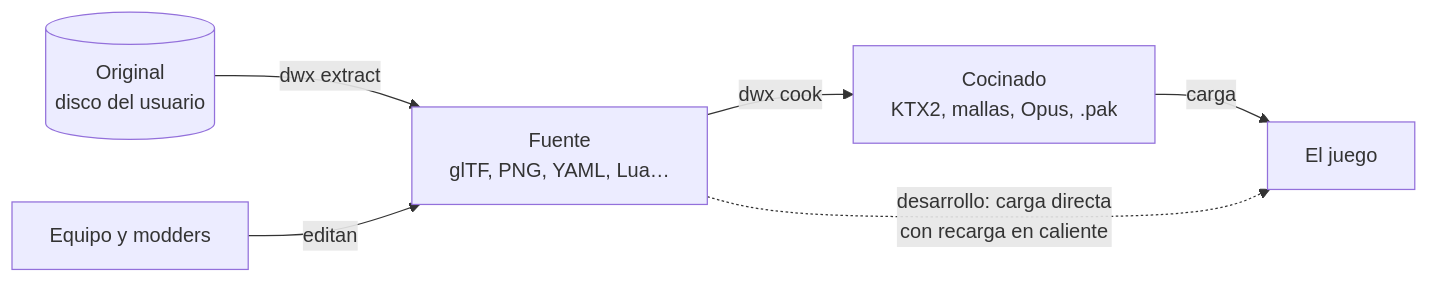
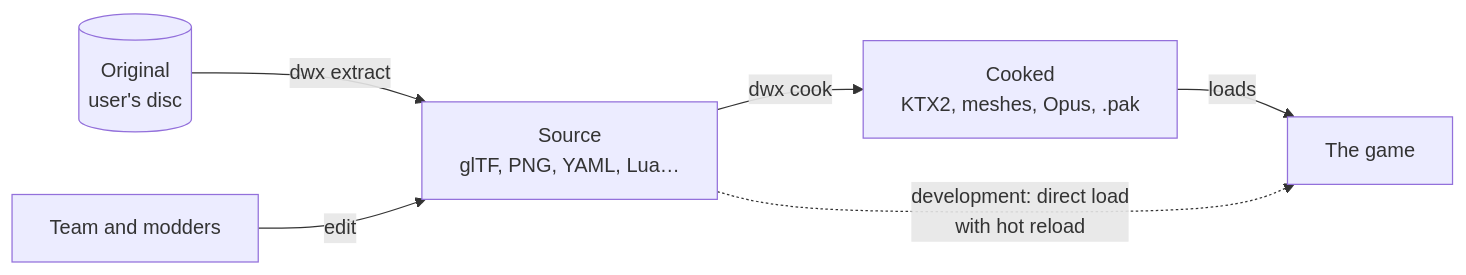
The diagram in docs/architecture/assets-pipeline.md (Indie-Modding-Games/dw-engine), drawn with Mermaid before and after one commit. The commit also changed other lines of this file and 1244 other files, not shown here.

````diff
--- a/docs/architecture/assets-pipeline.md
+++ b/docs/architecture/assets-pipeline.md
@@ -9,8 +9,8 @@
 ```mermaid
 flowchart LR
-    original[(Original<br/>disco del usuario)] -->|dwx extract| source[Fuente<br/>glTF, PNG, YAML, Lua…]
-    team[Equipo y modders] -->|editan| source
-    source -->|dwx cook| cooked[Cocinado<br/>KTX2, mallas, Opus, .pak]
-    cooked -->|carga| game[El juego]
-    source -.->|desarrollo: carga directa<br/>con recarga en caliente| game
+    original[(Original<br/>user's disc)] -->|dwx extract| source[Source<br/>glTF, PNG, YAML, Lua…]
+    team[Team and modders] -->|edit| source
+    source -->|dwx cook| cooked[Cooked<br/>KTX2, meshes, Opus, .pak]
+    cooked -->|loads| game[The game]
+    source -.->|development: direct load<br/>with hot reload| game
 ```
````
